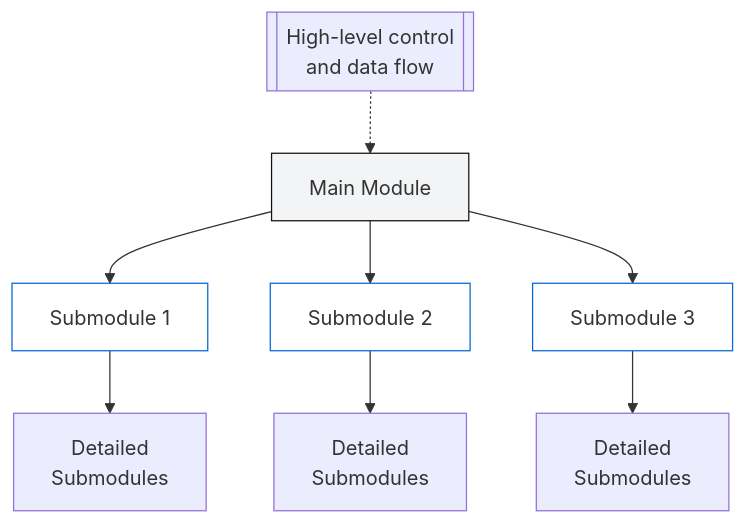
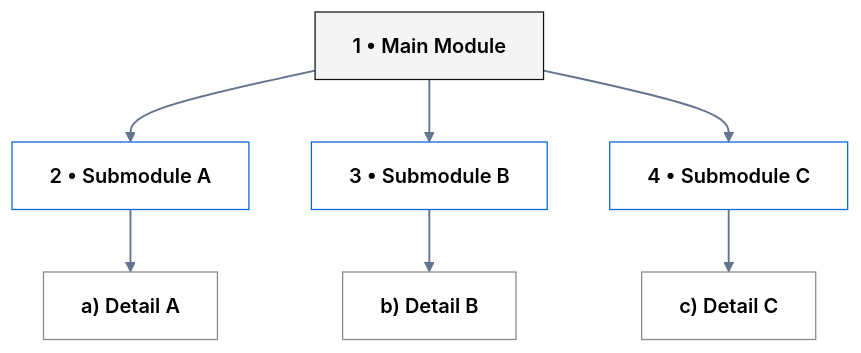
One commit to M-F-Tushar/CSE-2101-Data-Structure changed the first of 7 diagrams in Chapter 2 - Preliminaries/README.md. Above: the diagram before and after it, drawn with Mermaid. The commit also changed other lines of this file, not shown here.

````diff
--- a/Chapter 2 - Preliminaries/README.md
+++ b/Chapter 2 - Preliminaries/README.md
@@ -80,27 +74,26 @@
 ```mermaid
 flowchart TB
-    %% Main module with three submodules and their detailed children
-    classDef mainModule fill:#f3f4f6,stroke:#111,stroke-width:1px;
-    classDef subModule fill:#ffffff,stroke:#0366d6,stroke-width:1px;
+    %% Hierarchical program organization
+    classDef root fill:#f3f4f6,stroke:#111,stroke-width:1px,color:#000,font-weight:600;
+    classDef module fill:#ffffff,stroke:#0366d6,stroke-width:1px,color:#000;
+    classDef detail fill:#ffffff,stroke:#888,color:#000;
 
-    Main["Main Module"]:::mainModule
-    Sub1["Submodule 1"]:::subModule
-    Sub2["Submodule 2"]:::subModule
-    Sub3["Submodule 3"]:::subModule
+    Main["1 • Main Module"]:::root
+    SubA["2 • Submodule A"]:::module
+    SubB["3 • Submodule B"]:::module
+    SubC["4 • Submodule C"]:::module
 
-    D1["Detailed\nSubmodules"]
-    D2["Detailed\nSubmodules"]
-    D3["Detailed\nSubmodules"]
+    DetA["a) Detail A"]:::detail
+    DetB["b) Detail B"]:::detail
+    DetC["c) Detail C"]:::detail
 
-    Main --> Sub1
-    Main --> Sub2
-    Main --> Sub3
+    Main --> SubA
+    Main --> SubB
+    Main --> SubC
 
-    Sub1 --> D1
-    Sub2 --> D2
-    Sub3 --> D3
+    SubA --> DetA
+    SubB --> DetB
+    SubC --> DetC
 
-    %% Add small notes to show data/ control flow
-    Note1[["High-level control\nand data flow"]]
-    Note1 -.-> Main
+    linkStyle default stroke:#64748b,stroke-width:1.5px
 ```
````
